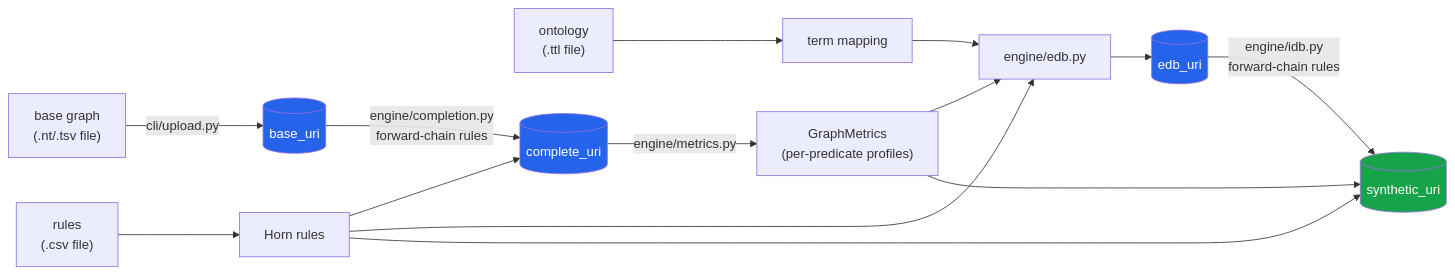
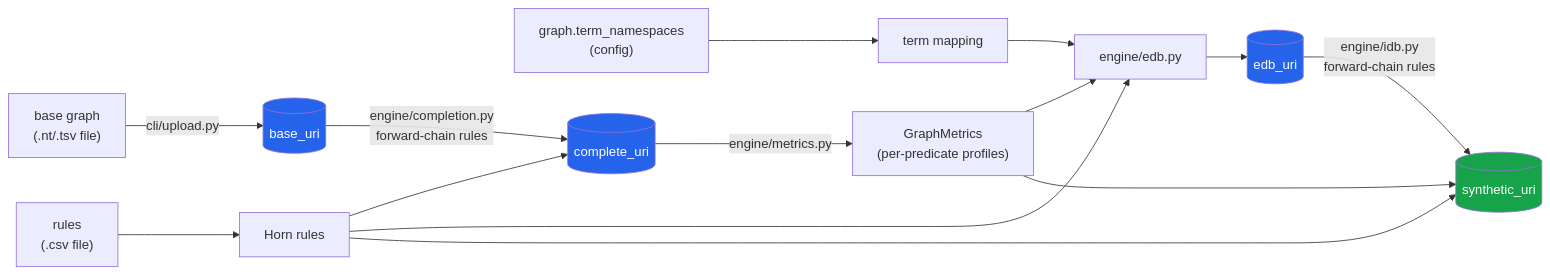
Before and after one commit to DavidGomez00/synthetic-knowledge-graph-generator: the first of 2 diagrams in docs/architecture.md, drawn with Mermaid. The commit also changed other lines of this file and 14 other files, not shown here.

First line of the commit message:
refactor(config): replace ontology_file with inline term_namespaces

````diff
--- a/docs/architecture.md
+++ b/docs/architecture.md
@@ -15,25 +15,25 @@
 ```mermaid
 flowchart LR
     NT["base graph<br/>(.nt/.tsv file)"] -->|cli/upload.py| BASE[("base_uri")]
-    ONTO["ontology<br/>(.ttl file)"] --> TERM["term mapping"]
+    ONTO["graph.term_namespaces<br/>(config)"] --> TERM["term mapping"]
     RULES["rules<br/>(.csv file)"] --> HORN["Horn rules"]
 
     BASE -->|"engine/completion.py<br/>forward-chain rules"| COMPLETE[("complete_uri")]
     HORN --> COMPLETE
 
     COMPLETE -->|engine/metrics.py| METRICS["GraphMetrics<br/>(per-predicate profiles)"]
 
     METRICS --> EDBGEN
     HORN --> EDBGEN
     TERM --> EDBGEN
     EDBGEN["engine/edb.py"] --> EDB[("edb_uri")]
 
     EDB -->|"engine/idb.py<br/>forward-chain rules"| SYN[("synthetic_uri")]
     HORN --> SYN
     METRICS --> SYN
 
     style BASE fill:#2563eb,color:#fff
     style COMPLETE fill:#2563eb,color:#fff
     style EDB fill:#2563eb,color:#fff
     style SYN fill:#16a34a,color:#fff
 ```
````
